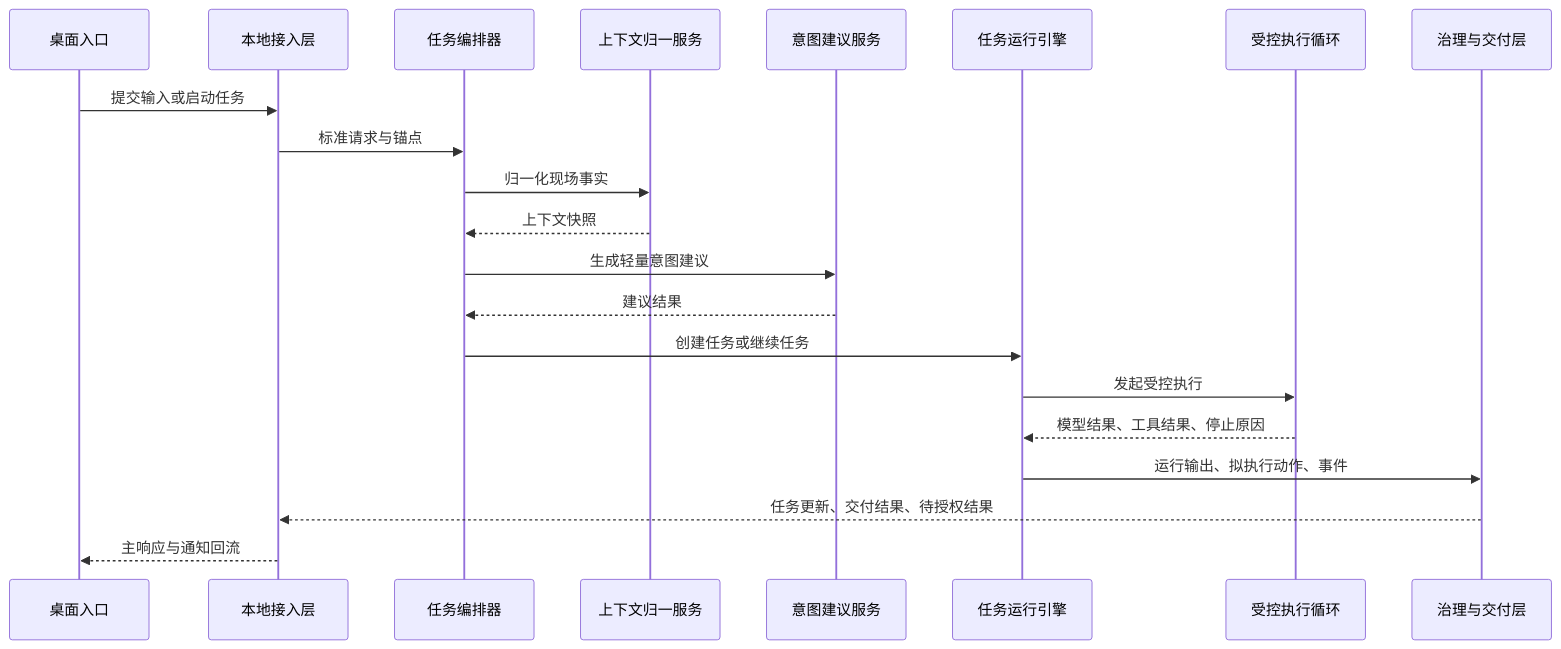
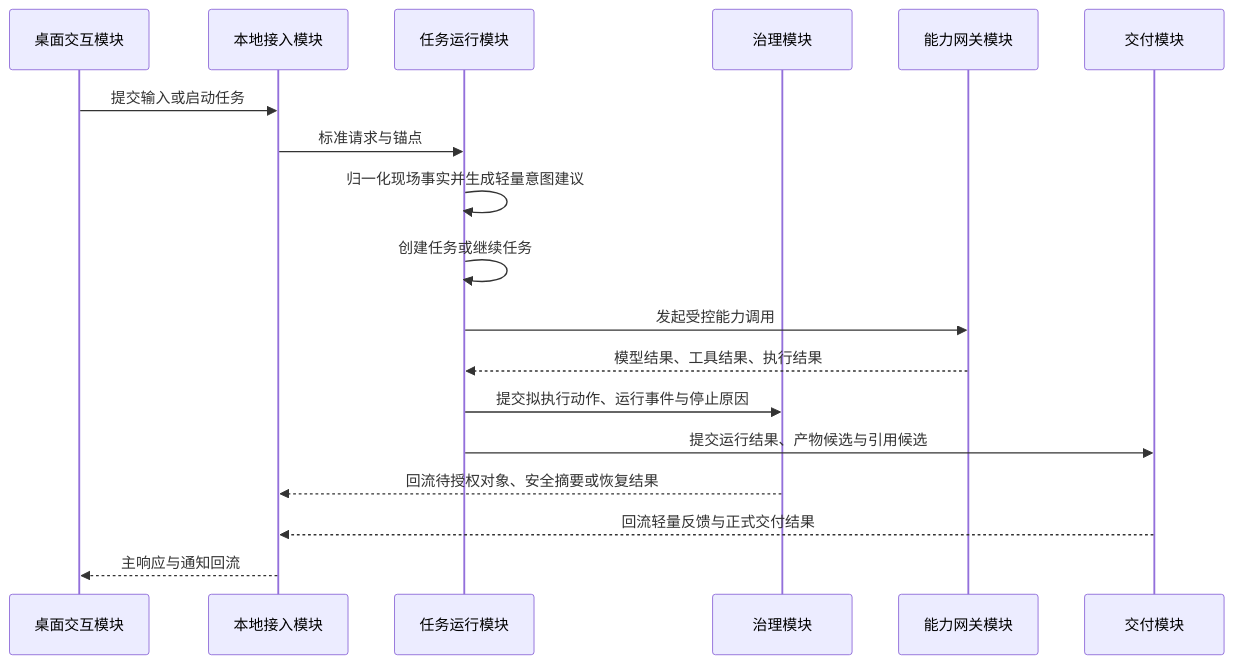
The third of 7 diagrams in docs/architecture-overview.md (1024XEngineer/CialloClaw), drawn with Mermaid before and after one commit. The commit also changed other lines of this file, not shown here.

Commit message:
docs: update architecture overview module framing

````diff
--- a/docs/architecture-overview.md
+++ b/docs/architecture-overview.md
@@ -486,24 +603,21 @@
 ```mermaid
 sequenceDiagram
-    participant UI as 桌面入口
-    participant RPC as 本地接入层
-    participant OR as 任务编排器
-    participant CTX as 上下文归一服务
-    participant INT as 意图建议服务
-    participant RUN as 任务运行引擎
-    participant EXE as 受控执行循环
-    participant GOV as 治理与交付层
+    participant UI as 桌面交互模块
+    participant RPC as 本地接入模块
+    participant RUN as 任务运行模块
+    participant GOV as 治理模块
+    participant CAP as 能力网关模块
+    participant DEL as 交付模块
 
     UI->>RPC: 提交输入或启动任务
-    RPC->>OR: 标准请求与锚点
-    OR->>CTX: 归一化现场事实
-    CTX-->>OR: 上下文快照
-    OR->>INT: 生成轻量意图建议
-    INT-->>OR: 建议结果
-    OR->>RUN: 创建任务或继续任务
-    RUN->>EXE: 发起受控执行
-    EXE-->>RUN: 模型结果、工具结果、停止原因
-    RUN->>GOV: 运行输出、拟执行动作、事件
-    GOV-->>RPC: 任务更新、交付结果、待授权结果
+    RPC->>RUN: 标准请求与锚点
+    RUN->>RUN: 归一化现场事实并生成轻量意图建议
+    RUN->>RUN: 创建任务或继续任务
+    RUN->>CAP: 发起受控能力调用
+    CAP-->>RUN: 模型结果、工具结果、执行结果
+    RUN->>GOV: 提交拟执行动作、运行事件与停止原因
+    RUN->>DEL: 提交运行结果、产物候选与引用候选
+    GOV-->>RPC: 回流待授权对象、安全摘要或恢复结果
+    DEL-->>RPC: 回流轻量反馈与正式交付结果
     RPC-->>UI: 主响应与通知回流
 ```
````
